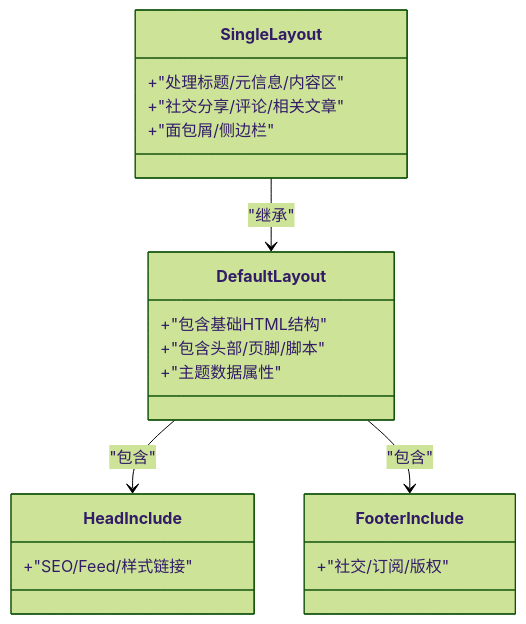
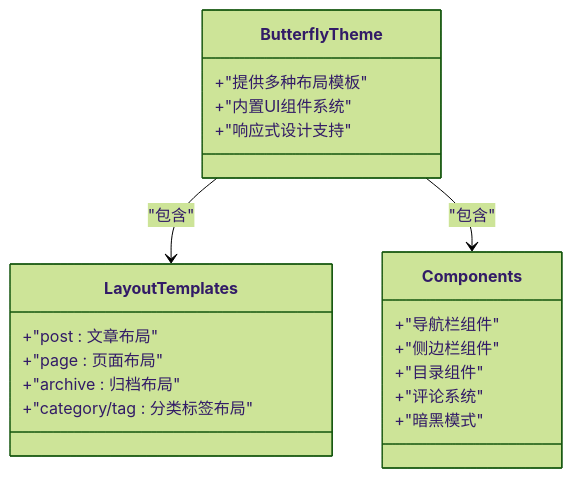
Before and after one commit to CoolPig0720/CoolPig0720.github.io: the third of 5 diagrams in .qoder/repowiki/zh/content/项目概述/架构设计.md, drawn with Mermaid (forest theme). The commit also changed other lines of this file and 36 other files, not shown here.

````diff
--- a/.qoder/repowiki/zh/content/项目概述/架构设计.md
+++ b/.qoder/repowiki/zh/content/项目概述/架构设计.md
@@ -185,22 +175,23 @@
 ```mermaid
 classDiagram
-class DefaultLayout {
-+"包含基础HTML结构"
-+"包含头部/页脚/脚本"
-+"主题数据属性"
+class ButterflyTheme {
++"提供多种布局模板"
++"内置UI组件系统"
++"响应式设计支持"
 }
-class SingleLayout {
-+"处理标题/元信息/内容区"
-+"社交分享/评论/相关文章"
-+"面包屑/侧边栏"
+class LayoutTemplates {
++"post : 文章布局"
++"page : 页面布局"
++"archive : 归档布局"
++"category/tag : 分类标签布局"
 }
-class HeadInclude {
-+"SEO/Feed/样式链接"
+class Components {
++"导航栏组件"
++"侧边栏组件"
++"目录组件"
++"评论系统"
++"暗黑模式"
 }
-class FooterInclude {
-+"社交/订阅/版权"
-}
-SingleLayout --> DefaultLayout : "继承"
-DefaultLayout --> HeadInclude : "包含"
-DefaultLayout --> FooterInclude : "包含"
+ButterflyTheme --> LayoutTemplates : "包含"
+ButterflyTheme --> Components : "包含"
 ```
````
